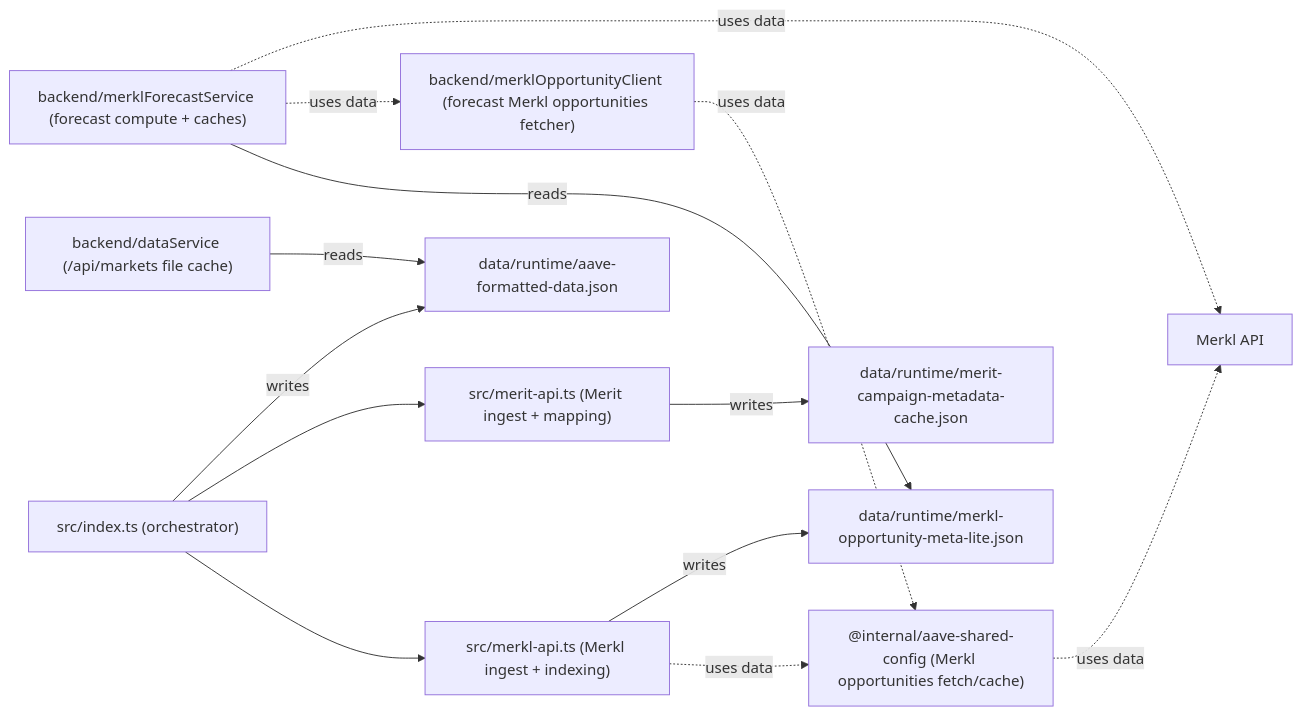
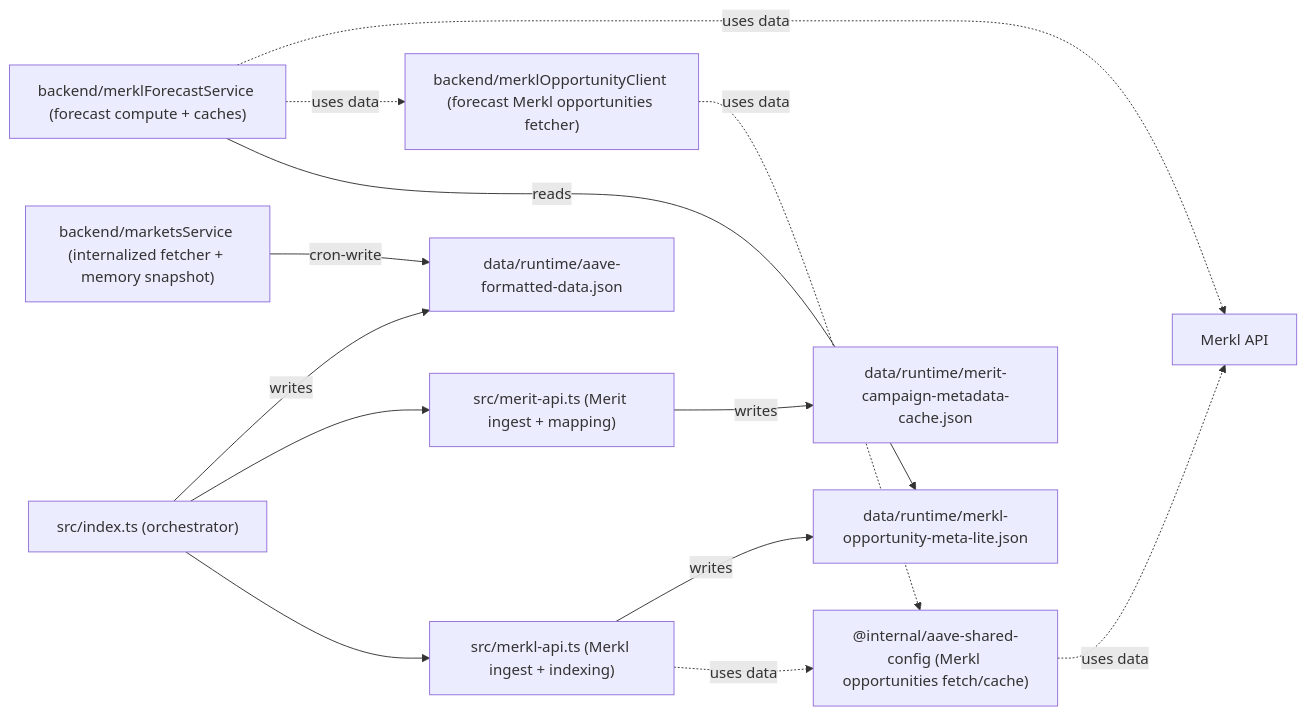
The first of 5 diagrams in docs/merkl-merit-cache-architecture.md (0xPabloLI/aave-protocol-analysis), drawn with Mermaid before and after one commit. The commit also changed other lines of this file and 8 other files, not shown here.

First line of the commit message:
chore: remove legacy dataService.ts and cleanup unused code

````diff
--- a/docs/merkl-merit-cache-architecture.md
+++ b/docs/merkl-merit-cache-architecture.md
@@ -19,28 +19,28 @@
 ```mermaid
 flowchart LR
   IDX["src/index.ts (orchestrator)"]
   MERKL["src/merkl-api.ts (Merkl ingest + indexing)"]
   MERIT["src/merit-api.ts (Merit ingest + mapping)"]
   SHARED["@internal/aave-shared-config (Merkl opportunities fetch/cache)"]
-  DFS["backend/dataService (/api/markets file cache)"]
+  MKS["backend/marketsService (internalized fetcher + memory snapshot)"]
   FCS["backend/merklForecastService (forecast compute + caches)"]
   MOC["backend/merklOpportunityClient (forecast Merkl opportunities fetcher)"]
   MKLITE["data/runtime/merkl-opportunity-meta-lite.json"]
   MARKETS["data/runtime/aave-formatted-data.json"]
   TIMER["data/runtime/merit-campaign-metadata-cache.json"]
   MERKLAPI["Merkl API"]
 
   IDX --> MERKL
   IDX --> MERIT
   MERKL -. "uses data" .-> SHARED
   SHARED -. "uses data" .-> MERKLAPI
   MERKL -- "writes" --> MKLITE
   IDX -- "writes" --> MARKETS
   MERIT -- "writes" --> TIMER
 
-  DFS -- "reads" --> MARKETS
+  MKS -- "cron-write" --> MARKETS
   FCS -- "reads" --> MKLITE
   FCS -. "uses data" .-> MOC
   MOC -. "uses data" .-> SHARED
   FCS -. "uses data" .-> MERKLAPI
 ```
````
